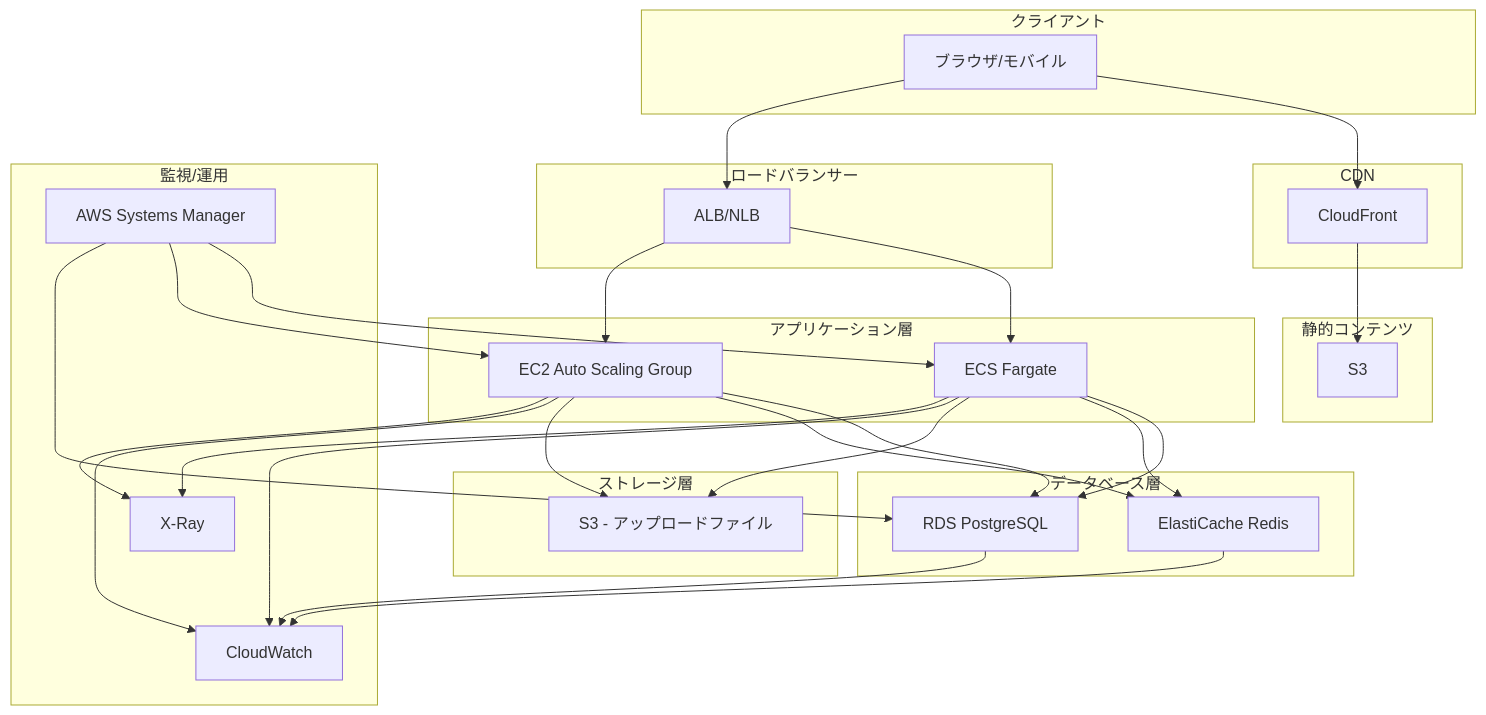
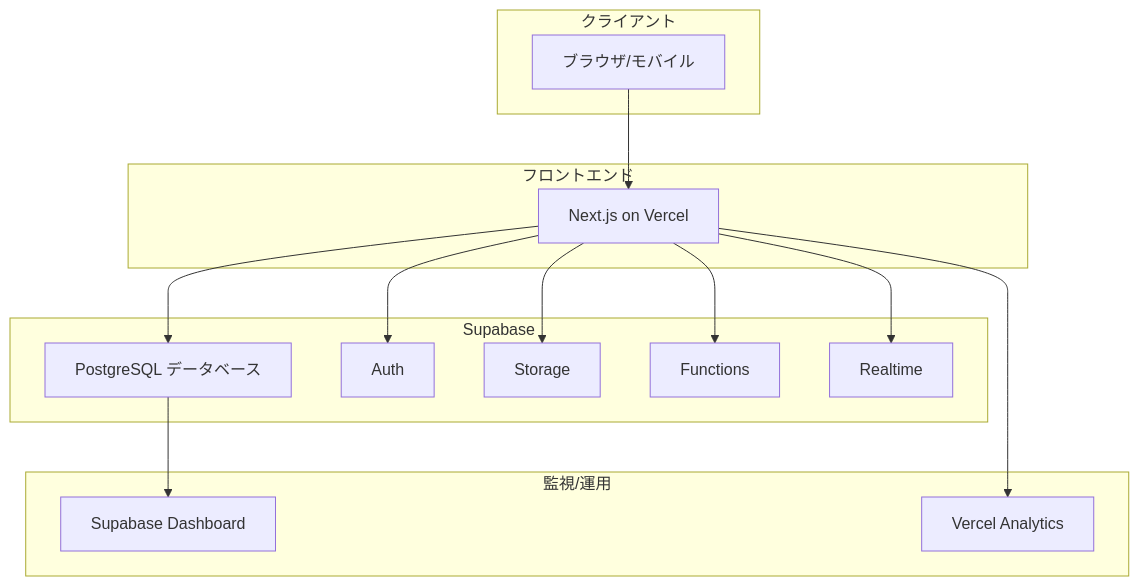
One commit to NowatariSoma/tomosigoto_nou_system changed the first of 2 diagrams in 設計書/11i_実装指針_デプロイとインフラ.md. Above: the diagram before and after it, drawn with Mermaid. The commit also changed other lines of this file and 12 other files, not shown here.

````diff
--- a/設計書/11i_実装指針_デプロイとインフラ.md
+++ b/設計書/11i_実装指針_デプロイとインフラ.md
@@ -20,59 +19,32 @@
 ```mermaid
 graph TD
     subgraph "クライアント"
         A[ブラウザ/モバイル]
     end
     
-    subgraph "CDN"
-        B[CloudFront]
+    subgraph "フロントエンド"
+        B[Next.js on Vercel]
     end
     
-    subgraph "静的コンテンツ"
-        C[S3]
-    end
-    
-    subgraph "ロードバランサー"
-        D[ALB/NLB]
-    end
-    
-    subgraph "アプリケーション層"
-        E[ECS Fargate]
-        F[EC2 Auto Scaling Group]
-    end
-    
-    subgraph "データベース層"
-        G[RDS PostgreSQL]
-        H[ElastiCache Redis]
-    end
-    
-    subgraph "ストレージ層"
-        I[S3 - アップロードファイル]
+    subgraph "Supabase"
+        C[PostgreSQL データベース]
+        D[Auth]
+        E[Storage]
+        F[Functions]
+        G[Realtime]
     end
     
     subgraph "監視/運用"
-        J[CloudWatch]
-        K[X-Ray]
-        L[AWS Systems Manager]
+        H[Supabase Dashboard]
+        I[Vercel Analytics]
     end
     
     A --> B
     B --> C
-    A --> D
-    D --> E
-    D --> F
-    E --> G
-    E --> H
-    E --> I
-    F --> G
-    F --> H
-    F --> I
-    E --> J
-    F --> J
-    G --> J
-    H --> J
-    E --> K
-    F --> K
-    L --> E
-    L --> F
-    L --> G
+    B --> D
+    B --> E
+    B --> F
+    B --> G
+    C --> H
+    B --> I
 ```
````
